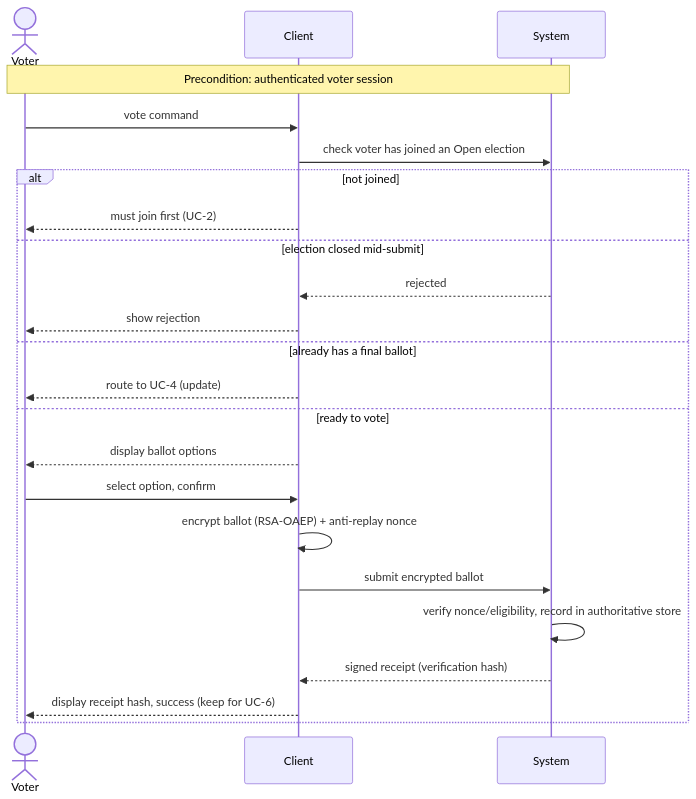
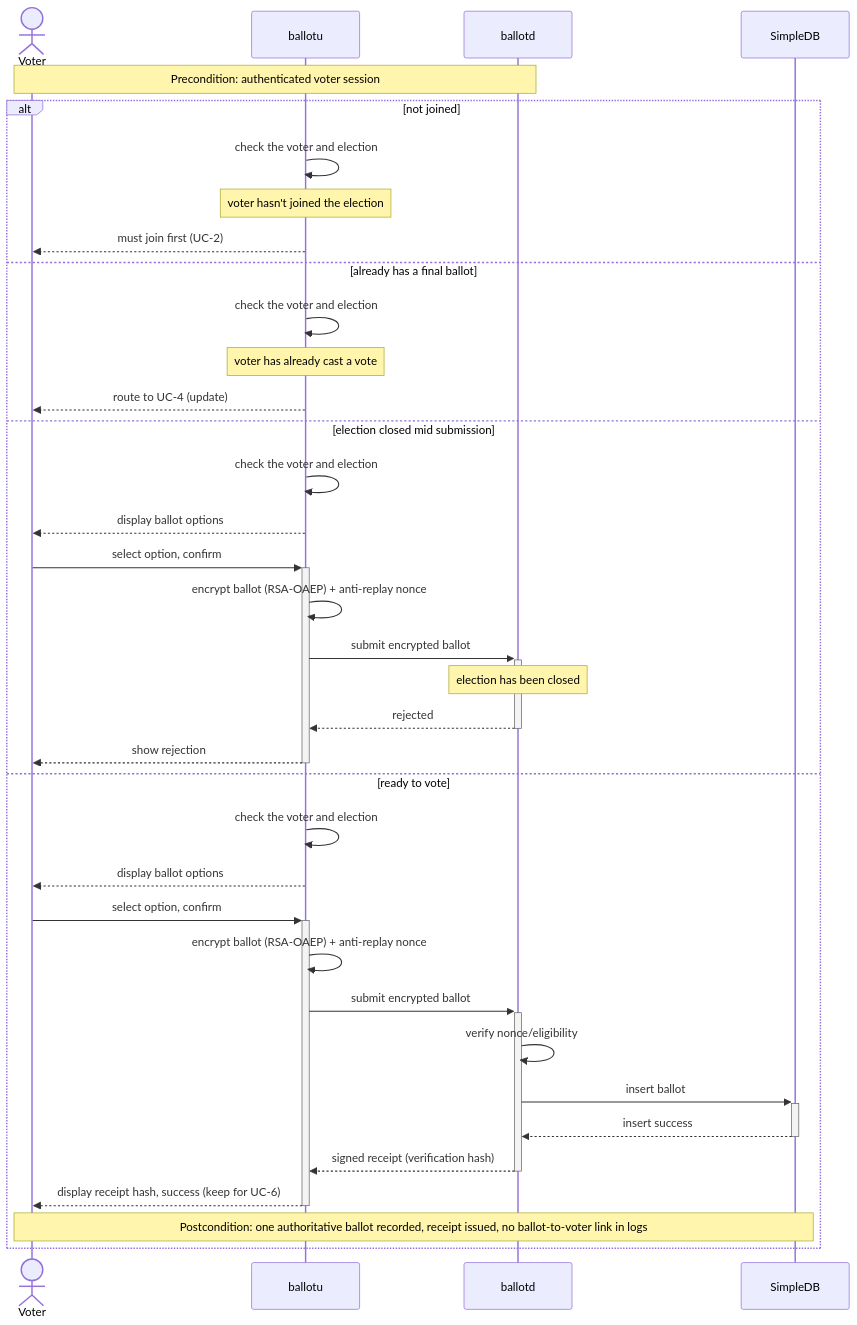
One commit to JediNakDev/ballotbox changed the fourth of 8 diagrams in README.md. Above: the diagram before and after it, drawn with Mermaid. The commit also changed other lines of this file, not shown here.

Commit message:
docs: architecture detail

````diff
--- a/README.md
+++ b/README.md
@@ -175,27 +213,40 @@
 ```mermaid
 sequenceDiagram
     actor Voter
-    participant Client
-    participant System
+    participant ballotu
+    participant ballotd
+    participant SimpleDB
 
-    note over Voter,System: Precondition: authenticated voter session
+    note over Voter,ballotd: Precondition: authenticated voter session
 
-    Voter->>Client: vote command
-    Client->>System: check voter has joined an Open election
     alt not joined
-        Client-->>Voter: must join first (UC-2)
-    else election closed mid-submit
-        System-->>Client: rejected
-        Client-->>Voter: show rejection
+        ballotu->>ballotu: check the voter and election
+        note over ballotu: voter hasn't joined the election
+        ballotu-->>Voter: must join first (UC-2)
     else already has a final ballot
-        Client-->>Voter: route to UC-4 (update)
+        ballotu->>ballotu: check the voter and election
+        note over ballotu: voter has already cast a vote
+        ballotu-->>Voter: route to UC-4 (update)
+    else election closed mid submission
+        ballotu->>ballotu: check the voter and election
+        ballotu-->>Voter: display ballot options
+        Voter->>+ballotu: select option, confirm
+        ballotu->>ballotu: encrypt ballot (RSA-OAEP) + anti-replay nonce
+        ballotu->>+ballotd: submit encrypted ballot
+        note over ballotd: election has been closed
+        ballotd-->>-ballotu: rejected
+        ballotu-->>-Voter: show rejection
     else ready to vote
-        Client-->>Voter: display ballot options
-        Voter->>Client: select option, confirm
-        Client->>Client: encrypt ballot (RSA-OAEP) + anti-replay nonce
-        Client->>System: submit encrypted ballot
-        System->>System: verify nonce/eligibility, record in authoritative store
-        System-->>Client: signed receipt (verification hash)
-        Client-->>Voter: display receipt hash, success (keep for UC-6)
+        ballotu->>ballotu: check the voter and election
+        ballotu-->>Voter: display ballot options
+        Voter->>+ballotu: select option, confirm
+        ballotu->>ballotu: encrypt ballot (RSA-OAEP) + anti-replay nonce
+        ballotu->>+ballotd: submit encrypted ballot
+        ballotd->>ballotd: verify nonce/eligibility
+        ballotd->>+SimpleDB: insert ballot
+        SimpleDB-->>-ballotd: insert success
+        ballotd-->>-ballotu: signed receipt (verification hash)
+        ballotu-->>-Voter: display receipt hash, success (keep for UC-6)
+        note over Voter,SimpleDB: Postcondition: one authoritative ballot recorded, receipt issued, no ballot-to-voter link in logs
     end
 ```
````
